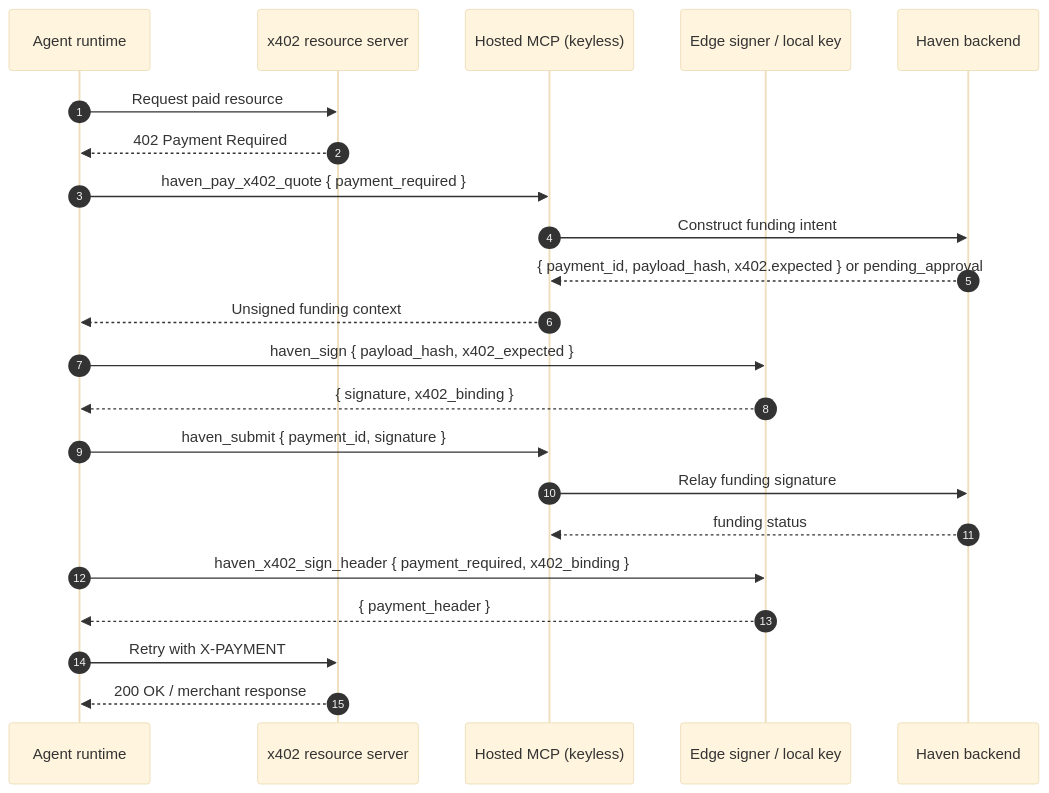
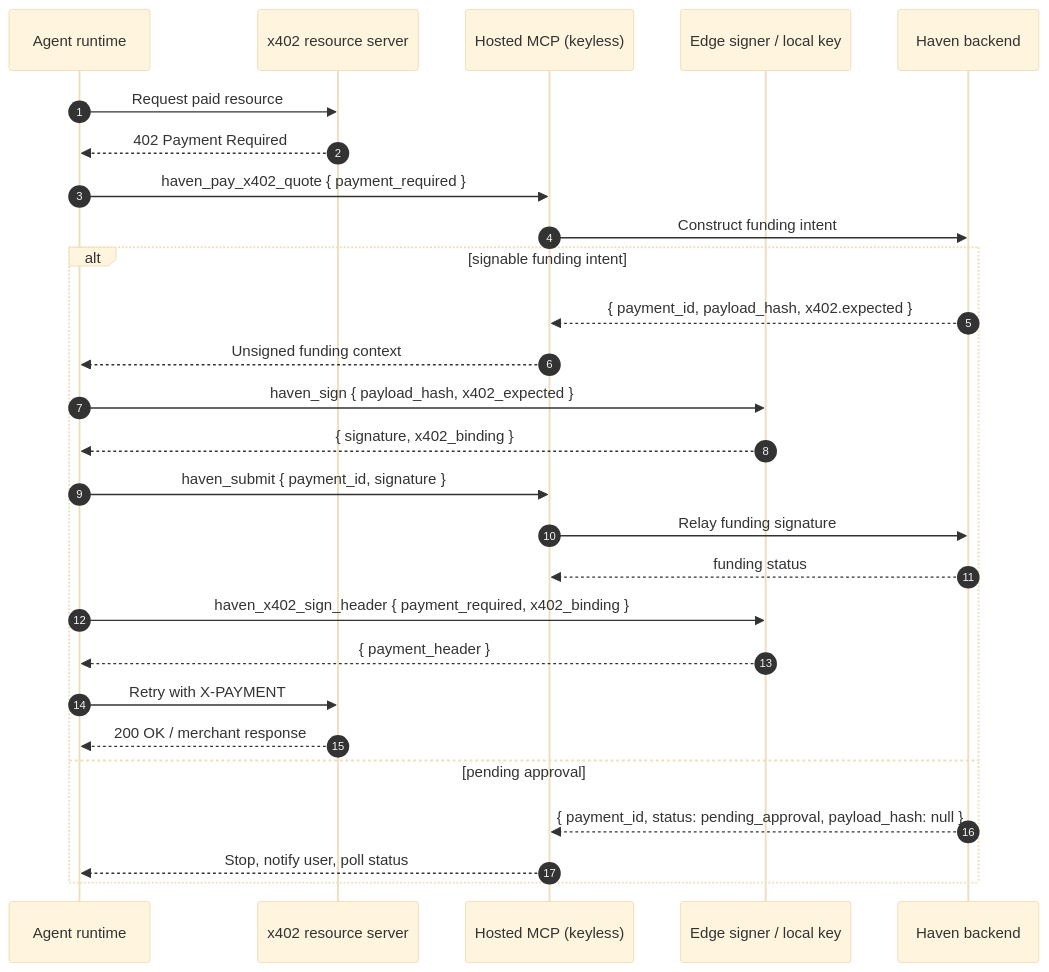
The second of 2 diagrams in docs/architecture/04-x402-payment-sequence.md (d-hinders/Haven-AI), drawn with Mermaid (base theme) before and after one commit. The commit also changed other lines of this file and 4 other files, not shown here.

````diff
--- a/docs/architecture/04-x402-payment-sequence.md
+++ b/docs/architecture/04-x402-payment-sequence.md
@@ -81,25 +117,30 @@
 ```mermaid
 sequenceDiagram
   autonumber
   participant Agent as Agent runtime
   participant Resource as x402 resource server
   participant MCP as Hosted MCP (keyless)
   participant Signer as Edge signer / local key
   participant API as Haven backend
 
   Agent->>Resource: Request paid resource
   Resource-->>Agent: 402 Payment Required
   Agent->>MCP: haven_pay_x402_quote { payment_required }
   MCP->>API: Construct funding intent
-  API-->>MCP: { payment_id, payload_hash, x402.expected } or pending_approval
-  MCP-->>Agent: Unsigned funding context
-  Agent->>Signer: haven_sign { payload_hash, x402_expected }
-  Signer-->>Agent: { signature, x402_binding }
-  Agent->>MCP: haven_submit { payment_id, signature }
-  MCP->>API: Relay funding signature
-  API-->>MCP: funding status
-  Agent->>Signer: haven_x402_sign_header { payment_required, x402_binding }
-  Signer-->>Agent: { payment_header }
-  Agent->>Resource: Retry with X-PAYMENT
-  Resource-->>Agent: 200 OK / merchant response
+  alt signable funding intent
+    API-->>MCP: { payment_id, payload_hash, x402.expected }
+    MCP-->>Agent: Unsigned funding context
+    Agent->>Signer: haven_sign { payload_hash, x402_expected }
+    Signer-->>Agent: { signature, x402_binding }
+    Agent->>MCP: haven_submit { payment_id, signature }
+    MCP->>API: Relay funding signature
+    API-->>MCP: funding status
+    Agent->>Signer: haven_x402_sign_header { payment_required, x402_binding }
+    Signer-->>Agent: { payment_header }
+    Agent->>Resource: Retry with X-PAYMENT
+    Resource-->>Agent: 200 OK / merchant response
+  else pending approval
+    API-->>MCP: { payment_id, status: pending_approval, payload_hash: null }
+    MCP-->>Agent: Stop, notify user, poll status
+  end
 ```
````
